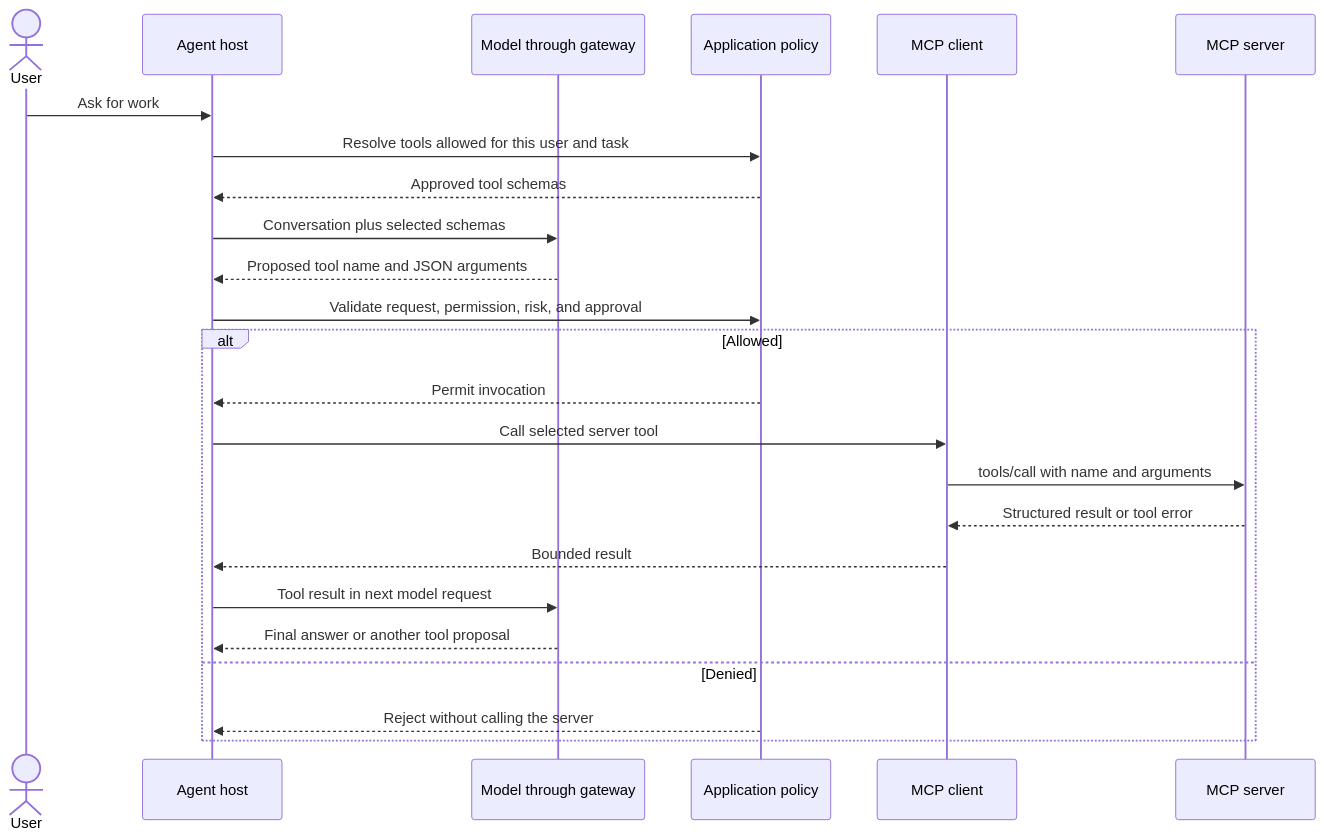
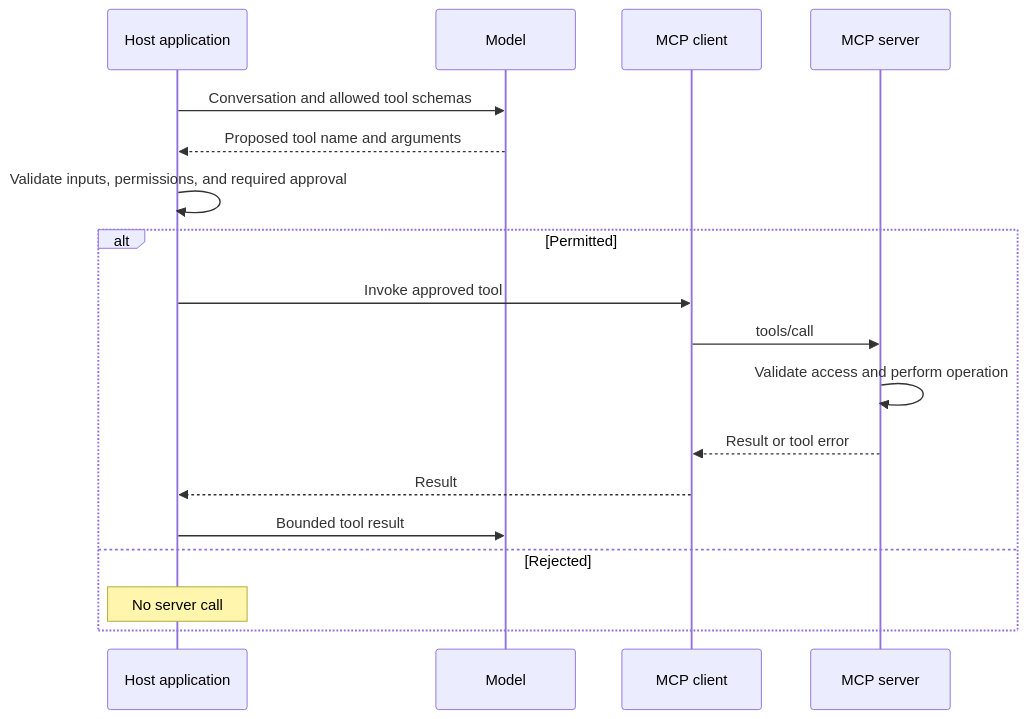
Before and after one commit to chanjunren/chanjunren.github.io: the diagram in www/docs/zettelkasten/ai/mcp/tool_invocation_flow.md, drawn with Mermaid. The commit also changed other lines of this file and 32 other files, not shown here.

````diff
--- a/www/docs/zettelkasten/ai/mcp/tool_invocation_flow.md
+++ b/www/docs/zettelkasten/ai/mcp/tool_invocation_flow.md
@@ -9,26 +9,20 @@
 ```mermaid
 sequenceDiagram
-  actor U as User
-  participant A as Agent host
-  participant M as Model through gateway
-  participant P as Application policy
+  participant A as Host application
+  participant M as Model
   participant C as MCP client
   participant S as MCP server
-  U->>A: Ask for work
-  A->>P: Resolve tools allowed for this user and task
-  P-->>A: Approved tool schemas
-  A->>M: Conversation plus selected schemas
-  M-->>A: Proposed tool name and JSON arguments
-  A->>P: Validate request, permission, risk, and approval
-  alt Allowed
-    P-->>A: Permit invocation
-    A->>C: Call selected server tool
-    C->>S: tools/call with name and arguments
-    S-->>C: Structured result or tool error
-    C-->>A: Bounded result
-    A->>M: Tool result in next model request
-    M-->>A: Final answer or another tool proposal
-  else Denied
-    P-->>A: Reject without calling the server
+  A->>M: Conversation and allowed tool schemas
+  M-->>A: Proposed tool name and arguments
+  A->>A: Validate inputs, permissions, and required approval
+  alt Permitted
+    A->>C: Invoke approved tool
+    C->>S: tools/call
+    S->>S: Validate access and perform operation
+    S-->>C: Result or tool error
+    C-->>A: Result
+    A->>M: Bounded tool result
+  else Rejected
+    Note over A: No server call
   end
 ```
````
